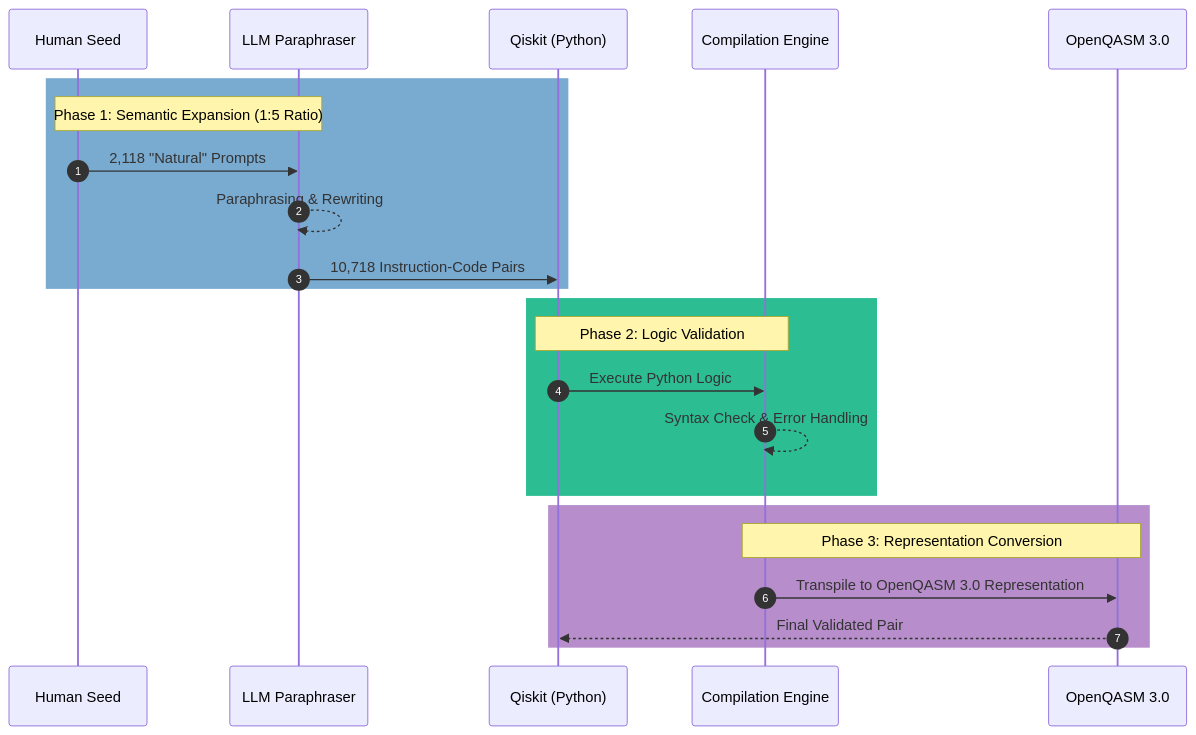
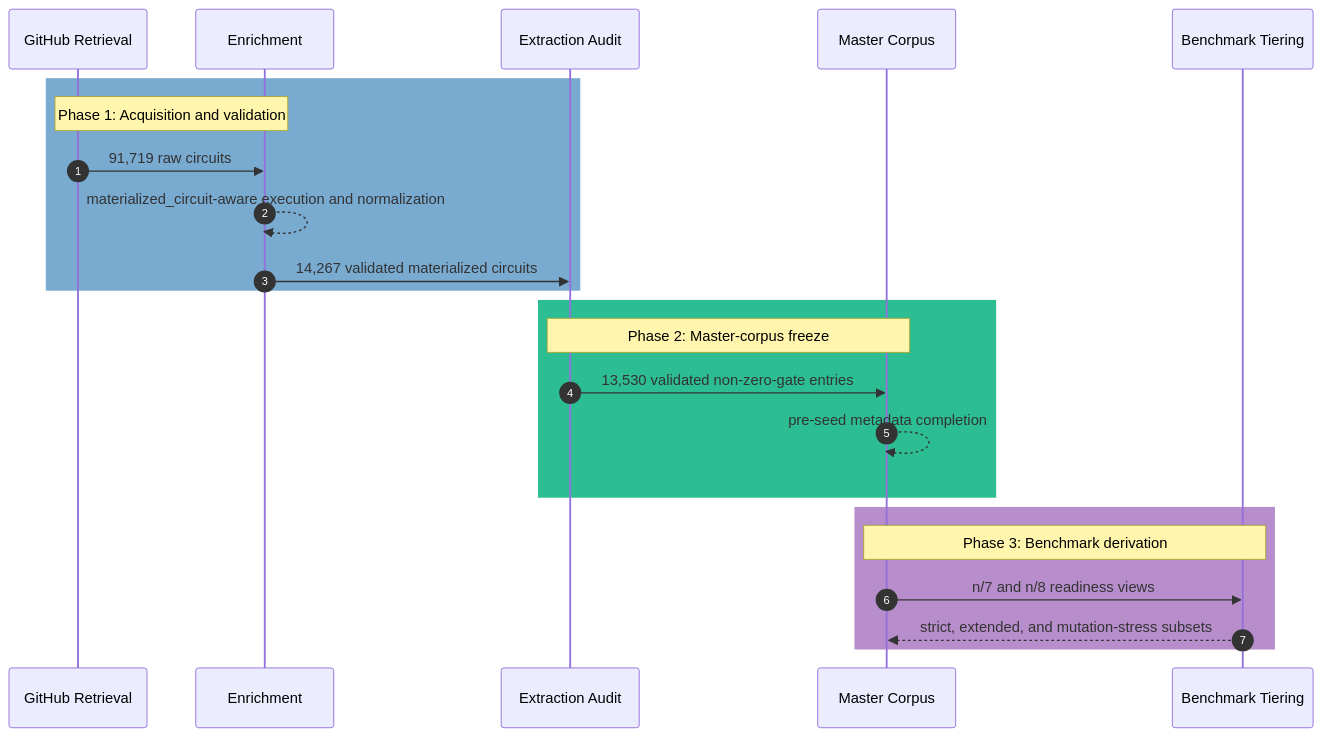
Before and after one commit to Elias-Abebe-Gasparini/PQID-Dataset: the second of 4 diagrams in README.md, drawn with Mermaid. The commit also changed other lines of this file and 128 other files, not shown here.

````diff
--- a/README.md
+++ b/README.md
@@ -132,29 +167,29 @@
 ```mermaid
 %%{init: {'themeVariables': {'noteTextColor': '#000000', 'messageTextColor': '#000000', 'actorTextColor': '#000000'}}}%%
 sequenceDiagram
     autonumber
-    participant H as Human Seed
-    participant LLM as LLM Paraphraser
-    participant QK as Qiskit (Python)
-    participant VAL as Compilation Engine
-    participant Q3 as OpenQASM 3.0
+    participant GH as GitHub Retrieval
+    participant EN as Enrichment
+    participant QA as Extraction Audit
+    participant MC as Master Corpus
+    participant BT as Benchmark Tiering
 
     rect rgb(121, 170, 208)
-    Note over H,LLM: Phase 1: Semantic Expansion (1:5 Ratio)
-    H->>LLM: 2,118 "Natural" Prompts
-    LLM-->>LLM: Paraphrasing & Rewriting
-    LLM->>QK: 10,718 Instruction-Code Pairs
+    Note over GH,EN: Phase 1: Acquisition and validation
+    GH->>EN: 91,719 raw circuits
+    EN-->>EN: materialized_circuit-aware execution and normalization
+    EN->>QA: 14,267 validated materialized circuits
     end
 
     rect rgb(44, 189, 146)
-    Note over QK,VAL: Phase 2: Logic Validation
-    QK->>VAL: Execute Python Logic
-    VAL-->>VAL: Syntax Check & Error Handling
+    Note over QA,MC: Phase 2: Master-corpus freeze
+    QA->>MC: 13,530 validated non-zero-gate entries
+    MC-->>MC: pre-seed metadata completion
     end
-    
+
     rect rgb(183, 142, 203)
-    Note over VAL,Q3: Phase 3: Representation Conversion
-    VAL->>Q3: Transpile to OpenQASM 3.0 Representation
-    Q3-->>QK: Final Validated Pair
+    Note over MC,BT: Phase 3: Benchmark derivation
+    MC->>BT: n/7 and n/8 readiness views
+    BT-->>MC: strict, extended, and mutation-stress subsets
     end
 ```
````
